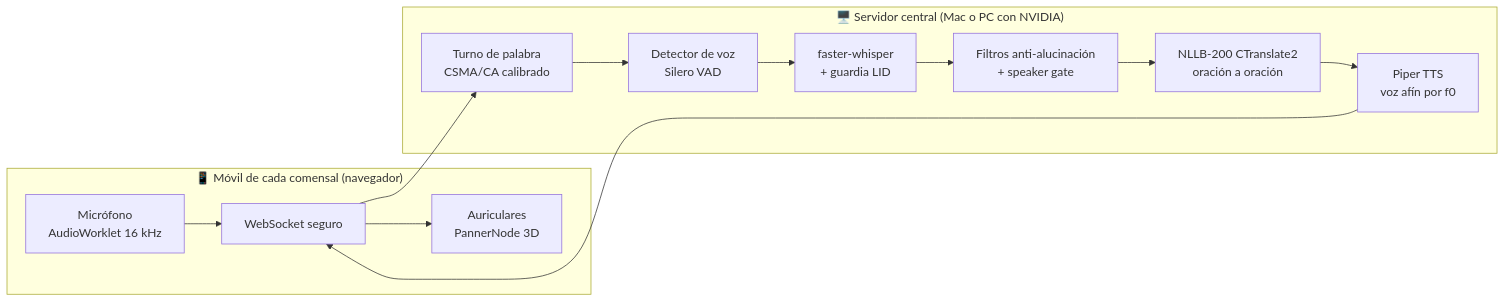
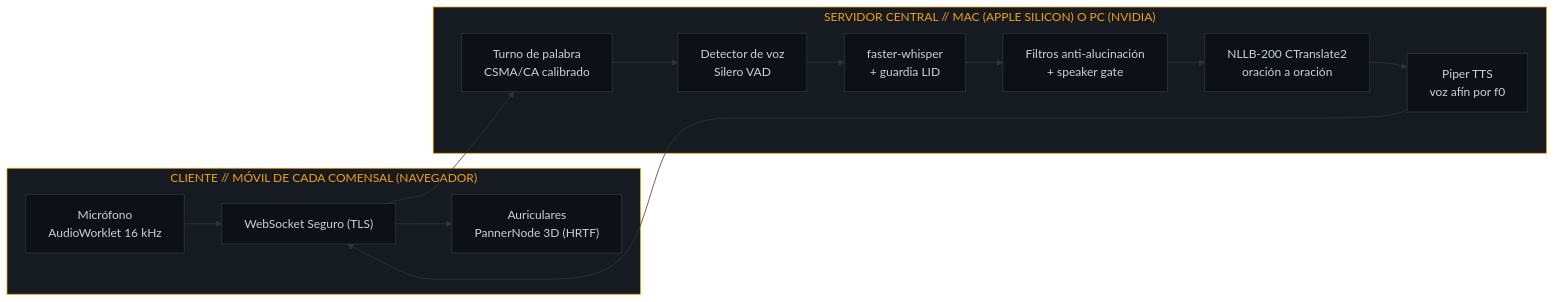
Before and after one commit to pttb6dhg24-tech/TradIon: the diagram in README.md, drawn with Mermaid. The commit also changed other lines of this file, not shown here.

````diff
--- a/README.md
+++ b/README.md
@@ -37,16 +53,20 @@
 ```mermaid
 flowchart LR
-    subgraph Movil["📱 Móvil de cada comensal (navegador)"]
-        MIC[Micrófono<br/>AudioWorklet 16 kHz] --> WS
-        WS[WebSocket seguro] --> OUT[Auriculares<br/>PannerNode 3D]
+    classDef darkNode fill:#0d1117,stroke:#30363d,stroke-width:1px,color:#c9d1d9;
+    classDef accentSub fill:#161b22,stroke:#f59e0b,stroke-width:1px,color:#f59e0b;
+
+    subgraph Movil["CLIENTE // MÓVIL DE CADA COMENSAL (NAVEGADOR)"]
+        MIC["Micrófono<br/>AudioWorklet 16 kHz"]:::darkNode --> WS
+        WS["WebSocket Seguro (TLS)"]:::darkNode --> OUT["Auriculares<br/>PannerNode 3D (HRTF)"]:::darkNode
     end
-    subgraph Servidor["🖥️ Servidor central (Mac o PC con NVIDIA)"]
-        FLOOR[Turno de palabra<br/>CSMA/CA calibrado] --> VAD[Detector de voz<br/>Silero VAD]
-        VAD --> STT[faster-whisper<br/>+ guardia LID]
-        STT --> FILT[Filtros anti-alucinación<br/>+ speaker gate]
-        FILT --> MT[NLLB-200 CTranslate2<br/>oración a oración]
-        MT --> TTS[Piper TTS<br/>voz afín por f0]
+    subgraph Servidor["SERVIDOR CENTRAL // MAC (APPLE SILICON) O PC (NVIDIA)"]
+        FLOOR["Turno de palabra<br/>CSMA/CA calibrado"]:::darkNode --> VAD["Detector de voz<br/>Silero VAD"]:::darkNode
+        VAD --> STT["faster-whisper<br/>+ guardia LID"]:::darkNode
+        STT --> FILT["Filtros anti-alucinación<br/>+ speaker gate"]:::darkNode
+        FILT --> MT["NLLB-200 CTranslate2<br/>oración a oración"]:::darkNode
+        MT --> TTS["Piper TTS<br/>voz afín por f0"]:::darkNode
     end
+    class Movil,Servidor accentSub;
     WS --> FLOOR
     TTS --> WS
 ```
````
